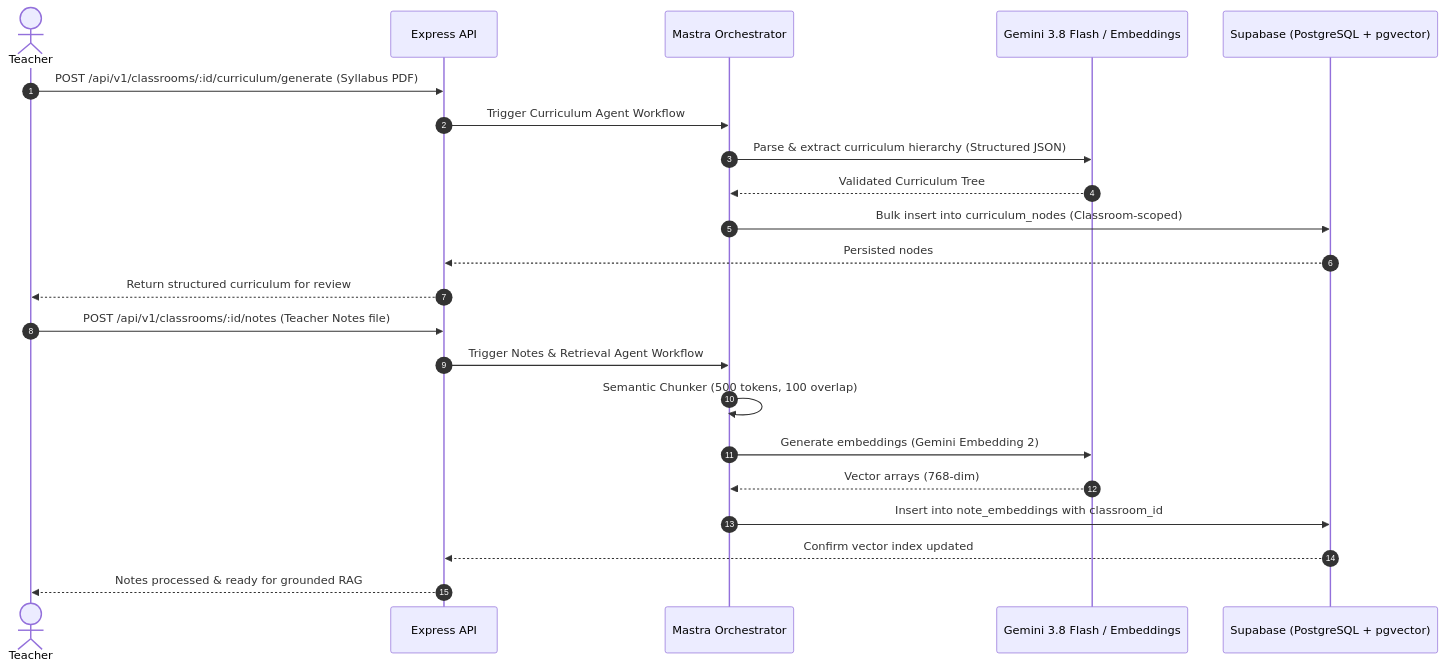
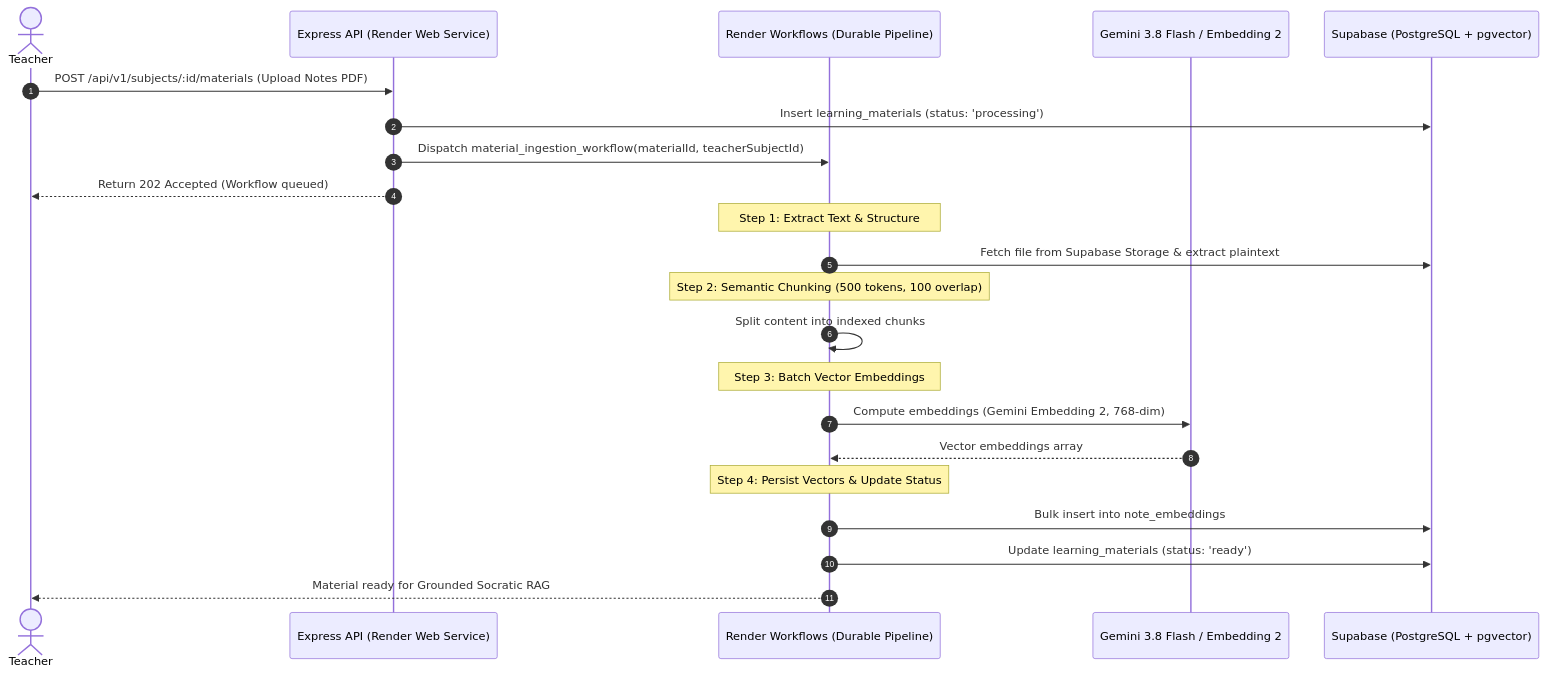
The first of 3 diagrams in docs/ARCHITECTURE.md (Srinanth/ThinkFirst), drawn with Mermaid before and after one commit. The commit also changed other lines of this file and 5 other files, not shown here.

Commit message:
docs(infra): integrate Render Workflows architecture, blueprint, and MCP setup guide

````diff
--- a/docs/ARCHITECTURE.md
+++ b/docs/ARCHITECTURE.md
@@ -139,26 +139,26 @@
 ```mermaid
 sequenceDiagram
     autonumber
     actor Teacher
-    participant API as Express API
-    participant Mastra as Mastra Orchestrator
-    participant Gemini as Gemini 3.8 Flash / Embeddings
+    participant API as Express API (Render Web Service)
+    participant RW as Render Workflows (Durable Pipeline)
+    participant Gemini as Gemini 3.8 Flash / Embedding 2
     participant DB as Supabase (PostgreSQL + pgvector)
 
-    Teacher->>API: POST /api/v1/classrooms/:id/curriculum/generate (Syllabus PDF)
-    API->>Mastra: Trigger Curriculum Agent Workflow
-    Mastra->>Gemini: Parse & extract curriculum hierarchy (Structured JSON)
-    Gemini-->>Mastra: Validated Curriculum Tree
-    Mastra->>DB: Bulk insert into curriculum_nodes (Classroom-scoped)
-    DB-->>API: Persisted nodes
-    API-->>Teacher: Return structured curriculum for review
+    Teacher->>API: POST /api/v1/subjects/:id/materials (Upload Notes PDF)
+    API->>DB: Insert learning_materials (status: 'processing')
+    API->>RW: Dispatch material_ingestion_workflow(materialId, teacherSubjectId)
+    API-->>Teacher: Return 202 Accepted (Workflow queued)
 
-    Teacher->>API: POST /api/v1/classrooms/:id/notes (Teacher Notes file)
-    API->>Mastra: Trigger Notes & Retrieval Agent Workflow
-    Mastra->>Mastra: Semantic Chunker (500 tokens, 100 overlap)
-    Mastra->>Gemini: Generate embeddings (Gemini Embedding 2)
-    Gemini-->>Mastra: Vector arrays (768-dim)
-    Mastra->>DB: Insert into note_embeddings with classroom_id
-    DB-->>API: Confirm vector index updated
-    API-->>Teacher: Notes processed & ready for grounded RAG
+    Note over RW: Step 1: Extract Text & Structure
+    RW->>DB: Fetch file from Supabase Storage & extract plaintext
+    Note over RW: Step 2: Semantic Chunking (500 tokens, 100 overlap)
+    RW->>RW: Split content into indexed chunks
+    Note over RW: Step 3: Batch Vector Embeddings
+    RW->>Gemini: Compute embeddings (Gemini Embedding 2, 768-dim)
+    Gemini-->>RW: Vector embeddings array
+    Note over RW: Step 4: Persist Vectors & Update Status
+    RW->>DB: Bulk insert into note_embeddings
+    RW->>DB: Update learning_materials (status: 'ready')
+    RW-->>Teacher: Material ready for Grounded Socratic RAG
 ```
````
